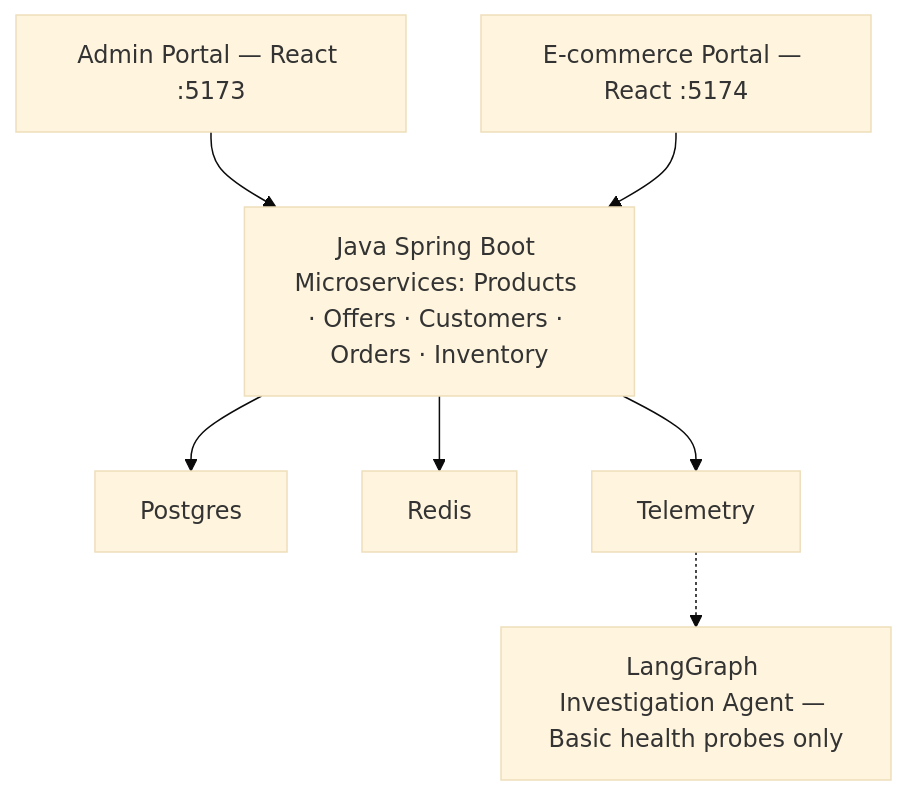
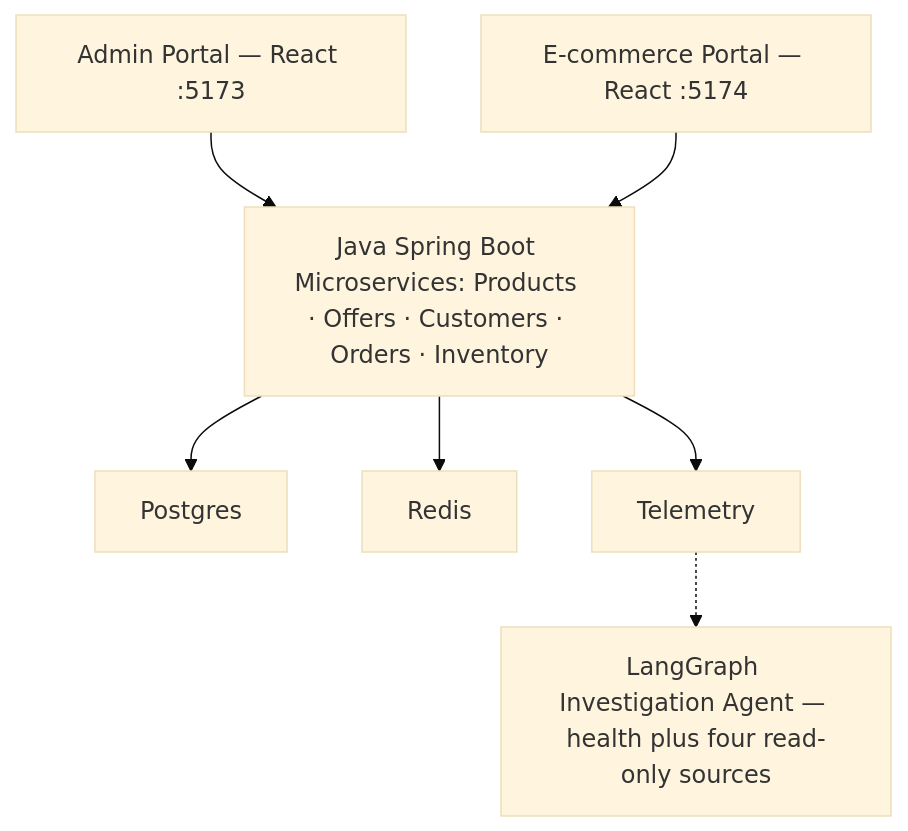
The diagram in CURRENT_STATE_AND_GAPS.md (javakishore-veleti/AWS-Agentic-AI-SRE-Incident-Intelligence), drawn with Mermaid (base theme) before and after one commit. The commit also changed other lines of this file and 7 other files, not shown here.

````diff
--- a/CURRENT_STATE_AND_GAPS.md
+++ b/CURRENT_STATE_AND_GAPS.md
@@ -38,16 +38,16 @@
 ```mermaid
 flowchart TB
     A["Admin Portal — React :5173"]
     B["E-commerce Portal — React :5174"]
     C["Java Spring Boot Microservices: Products · Offers · Customers · Orders · Inventory"]
     D["Postgres"]
     E["Redis"]
     F["Telemetry"]
-    G["LangGraph Investigation Agent — Basic health probes only"]
+    G["LangGraph Investigation Agent — health plus four read-only sources"]
     A --> C
     B --> C
     C --> D
     C --> E
     C --> F
     F -.-> G
 ```
````
